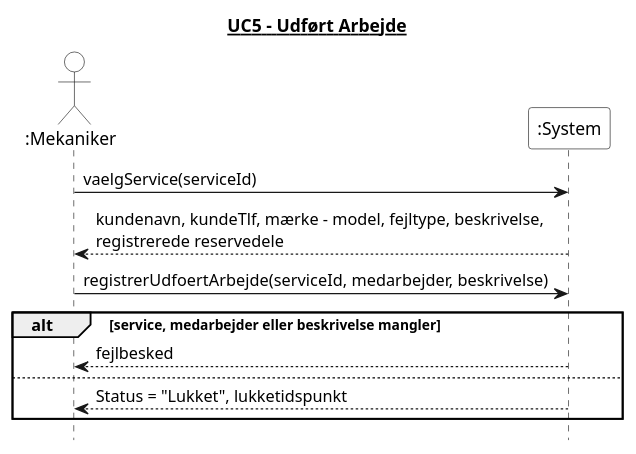
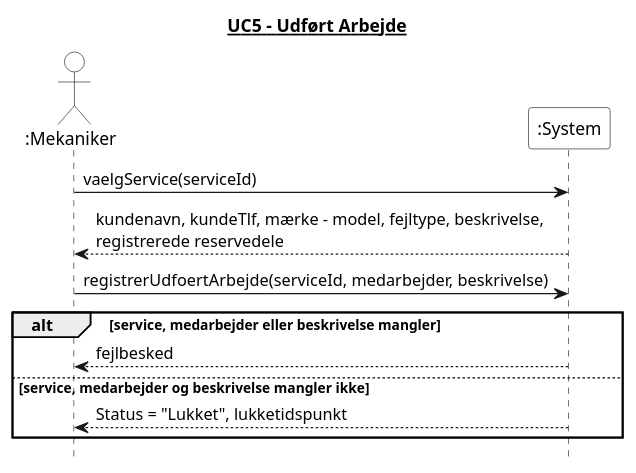
One commit to Zoabz/Getting-Real changed the diagram in 4. System Sekvens Diagram/UC5_udfoert_arbejde.puml. Above: the diagram before and after it, drawn with PlantUML. The commit also changed 14 other files, not shown here.

```diff
--- a/4. System Sekvens Diagram/UC5_udfoert_arbejde.puml
+++ b/4. System Sekvens Diagram/UC5_udfoert_arbejde.puml
@@ -1,29 +1,29 @@
 @startuml
 title <u>UC5 - Udført Arbejde</u>
 hide footbox
 skinparam monochrome true
 skinparam shadowing false
 skinparam backgroundColor white
 skinparam actor {
   BackgroundColor white
 }
 skinparam participant {
   BackgroundColor white
 }
 
 actor ":Mekaniker"
 participant ":System" as System
 
 ":Mekaniker" -> System : vaelgService(serviceId)
 
 System --> ":Mekaniker" : kundenavn, kundeTlf, mærke - model, fejltype, beskrivelse,\nregistrerede reservedele
 
 ":Mekaniker" -> System : registrerUdfoertArbejde(serviceId, medarbejder, beskrivelse)
 
 alt service, medarbejder eller beskrivelse mangler
   System --> ":Mekaniker" : fejlbesked
-else
+else service, medarbejder og beskrivelse mangler ikke
   System --> ":Mekaniker" : Status = "Lukket", lukketidspunkt
 end
 
 @enduml
```
